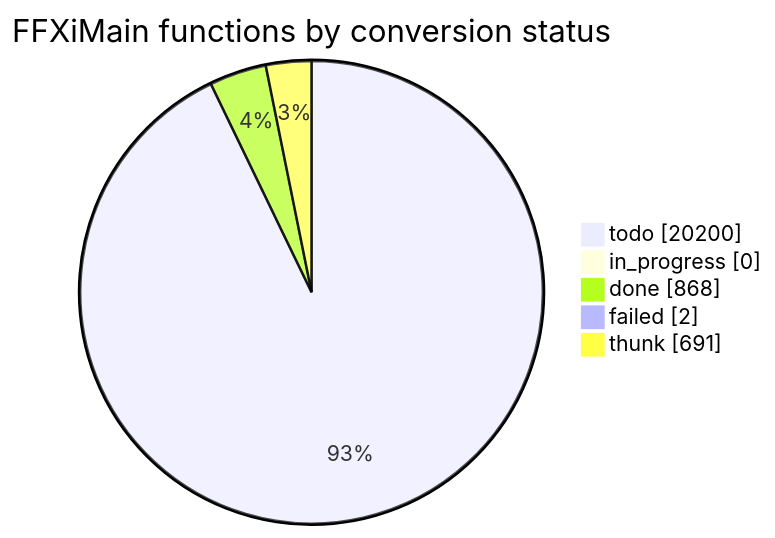
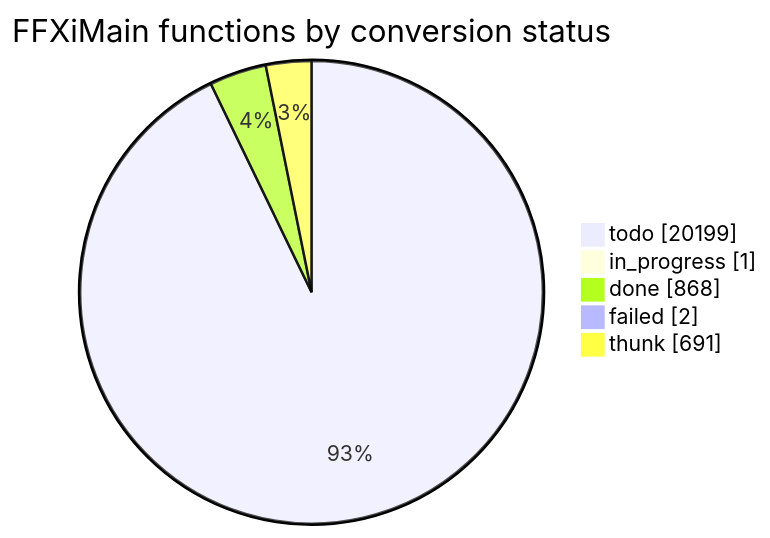
The diagram in docs/cow/STATUS.md (cowrevenge/cow_kuluu_xi_anything), drawn with Mermaid before and after one commit. The commit also changed other lines of this file and 7 other files, not shown here.

````diff
--- a/docs/cow/STATUS.md
+++ b/docs/cow/STATUS.md
@@ -18,9 +18,9 @@
 ```mermaid
 pie showData
     title FFXiMain functions by conversion status
-    "todo" : 20200
-    "in_progress" : 0
+    "todo" : 20199
+    "in_progress" : 1
     "done" : 868
     "failed" : 2
     "thunk" : 691
 ```
````
